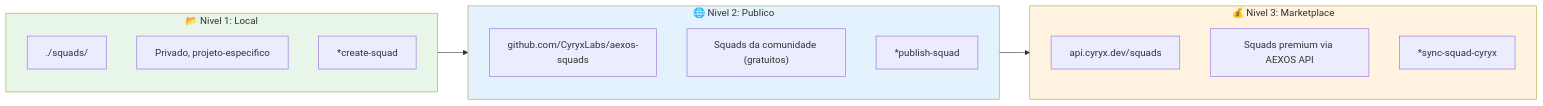
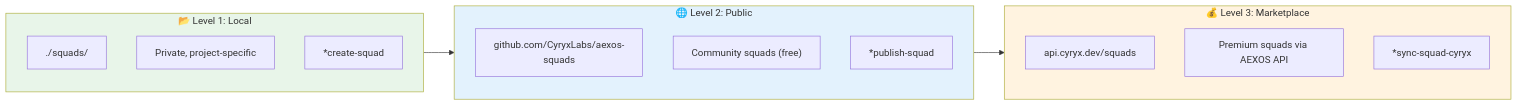
Before and after one commit to CyryxLabs/AEXOS: the sixth of 6 diagrams in docs/guides/agents/SQUAD-CREATOR-SYSTEM.md, drawn with Mermaid. The commit also changed other lines of this file and 528 other files, not shown here.

````diff
--- a/docs/guides/agents/SQUAD-CREATOR-SYSTEM.md
+++ b/docs/guides/agents/SQUAD-CREATOR-SYSTEM.md
@@ -558,27 +558,27 @@
 ```mermaid
 flowchart LR
-    subgraph LOCAL["📂 Nivel 1: Local"]
+    subgraph LOCAL["📂 Level 1: Local"]
         L_PATH["./squads/"]
-        L_DESC["Privado, projeto-especifico"]
+        L_DESC["Private, project-specific"]
         L_CMD["*create-squad"]
     end
 
-    subgraph PUBLIC["🌐 Nivel 2: Publico"]
+    subgraph PUBLIC["🌐 Level 2: Public"]
         P_REPO["github.com/CyryxLabs/aexos-squads"]
-        P_DESC["Squads da comunidade (gratuitos)"]
+        P_DESC["Community squads (free)"]
         P_CMD["*publish-squad"]
     end
 
-    subgraph MARKET["💰 Nivel 3: Marketplace"]
+    subgraph MARKET["💰 Level 3: Marketplace"]
         M_API["api.cyryx.dev/squads"]
-        M_DESC["Squads premium via AEXOS API"]
+        M_DESC["Premium squads via AEXOS API"]
         M_CMD["*sync-squad-cyryx"]
     end
 
     LOCAL --> PUBLIC
     PUBLIC --> MARKET
 
     style LOCAL fill:#e8f5e9
     style PUBLIC fill:#e3f2fd
     style MARKET fill:#fff3e0
 ```
````
